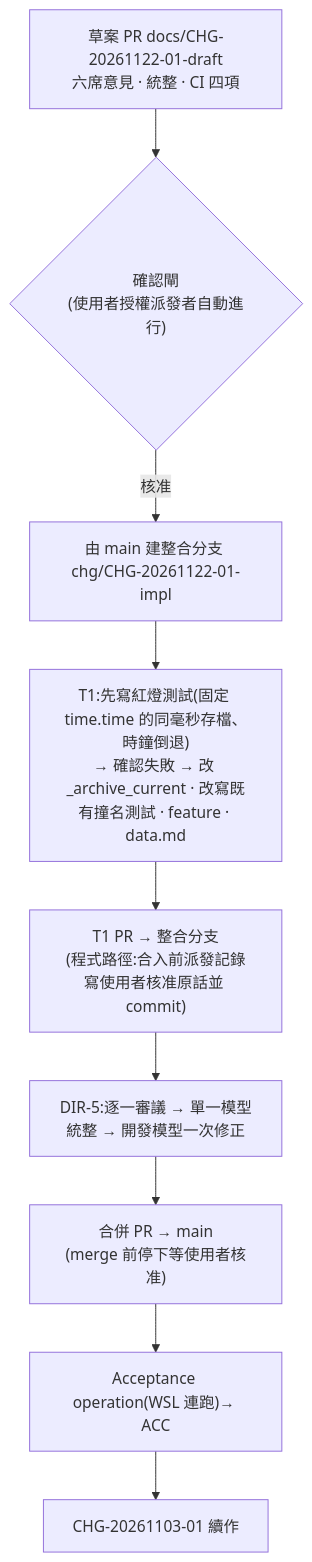
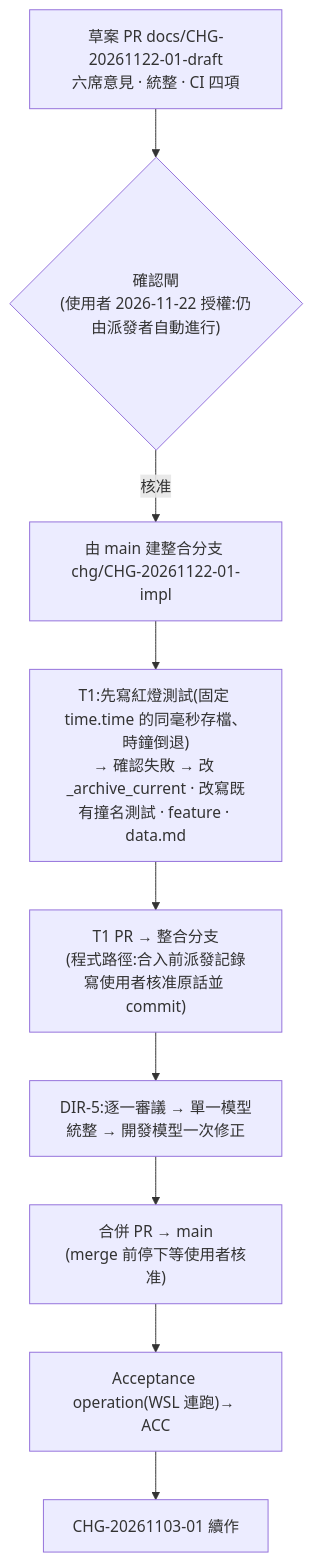
Before and after one commit to kamira/podcast-studio: the second of 2 diagrams in docs/changes/CHG-20261122-01.md, drawn with Mermaid. The commit also changed other lines of this file, not shown here.

Commit message:
CHG-20261122-01: 草稿第 1 輪修正——改判高風險、安全影響與風險回滾措辭(DIR-6 F-1~F-5)

````diff
--- a/docs/changes/CHG-20261122-01.md
+++ b/docs/changes/CHG-20261122-01.md
@@ -103,11 +103,11 @@
 ```mermaid
 flowchart TD
-  A["草案 PR docs/CHG-20261122-01-draft<br/>六席意見 · 統整 · CI 四項"] --> B{"確認閘<br/>(使用者授權派發者自動進行)"}
+  A["草案 PR docs/CHG-20261122-01-draft<br/>六席意見 · 統整 · CI 四項"] --> B{"確認閘<br/>(使用者 2026-11-22 授權:仍由派發者自動進行)"}
   B -- 核准 --> C["由 main 建整合分支 chg/CHG-20261122-01-impl"]
   C --> D["T1:先寫紅燈測試(固定 time.time 的同毫秒存檔、時鐘倒退)<br/>→ 確認失敗 → 改 _archive_current · 改寫既有撞名測試 · feature · data.md"]
   D --> E["T1 PR → 整合分支<br/>(程式路徑:合入前派發記錄寫使用者核准原話並 commit)"]
   E --> F["DIR-5:逐一審議 → 單一模型統整 → 開發模型一次修正"]
   F --> G["合併 PR → main<br/>(merge 前停下等使用者核准)"]
   G --> H["Acceptance operation(WSL 連跑)→ ACC"]
   H --> I["CHG-20261103-01 續作"]
 ```
````
